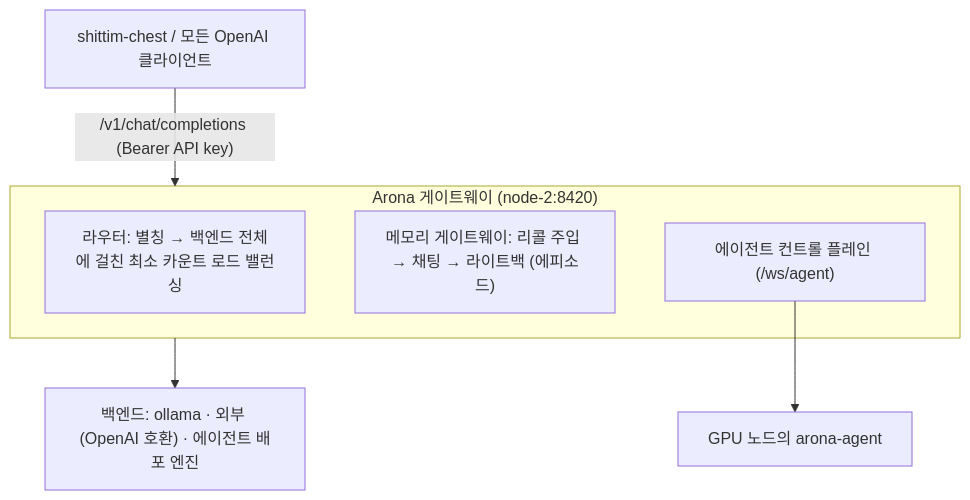
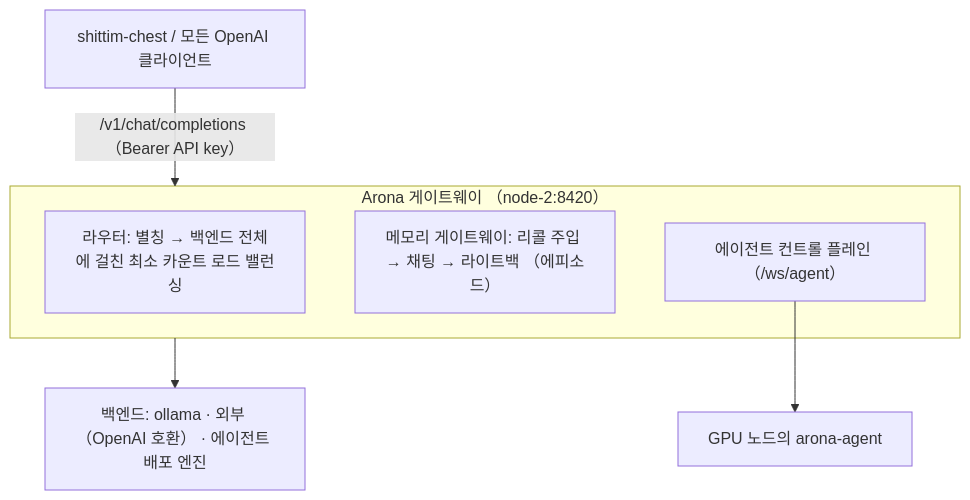
One commit to celestia-island/docs.celestia.world changed the diagram in docs/ko/platforms/arona.md. Above: the diagram before and after it, drawn with Mermaid. The commit also changed 35 other files, not shown here.

First line of the commit message:
📝 Convert ASCII parentheses in mermaid fences to fullwidth across languages. (#96)

````diff
--- a/docs/ko/platforms/arona.md
+++ b/docs/ko/platforms/arona.md
@@ -11,12 +11,12 @@
 ```mermaid
 flowchart TD
     C["shittim-chest / 모든 OpenAI 클라이언트"]
-    subgraph G["Arona 게이트웨이 (node-2:8420)"]
+    subgraph G["Arona 게이트웨이 （node-2:8420）"]
         N0["라우터: 별칭 → 백엔드 전체에 걸친 최소 카운트 로드 밸런싱"]
-        N1["메모리 게이트웨이: 리콜 주입 → 채팅 → 라이트백 (에피소드)"]
-        N2["에이전트 컨트롤 플레인 (/ws/agent)"]
+        N1["메모리 게이트웨이: 리콜 주입 → 채팅 → 라이트백 （에피소드）"]
+        N2["에이전트 컨트롤 플레인 （/ws/agent）"]
     end
-    C -->|"/v1/chat/completions (Bearer API key)"| G
+    C -->|"/v1/chat/completions （Bearer API key）"| G
     N2 --> T["GPU 노드의 arona-agent"]
-    G --> B["백엔드: ollama · 외부 (OpenAI 호환) · 에이전트 배포 엔진"]
+    G --> B["백엔드: ollama · 외부 （OpenAI 호환） · 에이전트 배포 엔진"]
 ```
````
